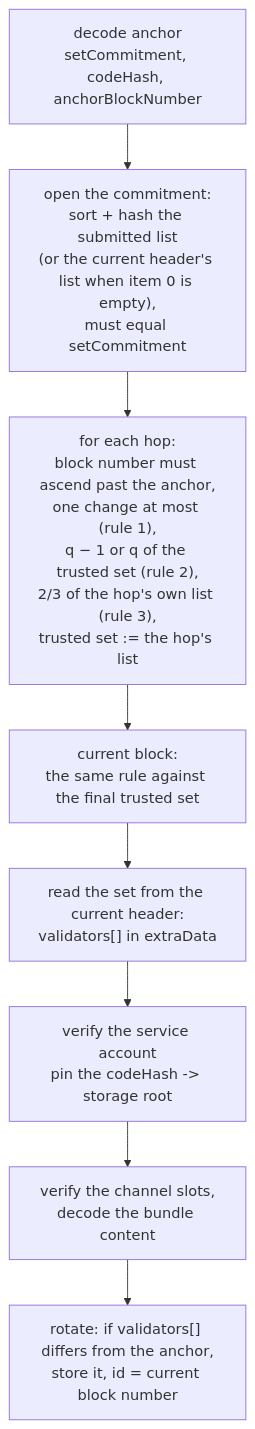
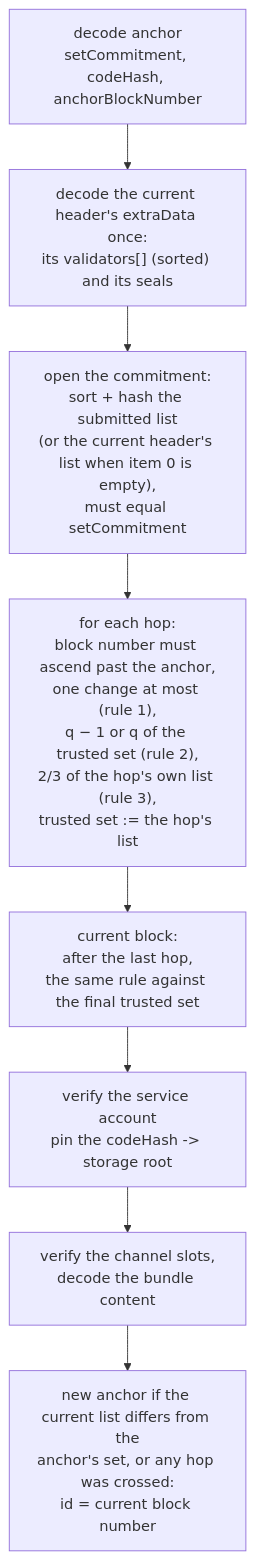
Diagram 12 of 12 in src/verifiers/evm/qbft/qbft-header-mode.md (LFDT-CLPR/clpr-smart-contracts), drawn with Mermaid before and after one commit. The commit also changed other lines of this file and 17 other files, not shown here.

````diff
--- a/src/verifiers/evm/qbft/qbft-header-mode.md
+++ b/src/verifiers/evm/qbft/qbft-header-mode.md
@@ -392,10 +416,10 @@
 ```mermaid
 flowchart TB
-  A["decode anchor<br/>setCommitment, codeHash, anchorBlockNumber"] --> A2["open the commitment:<br/>sort + hash the submitted list<br/>(or the current header's list when item 0 is empty),<br/>must equal setCommitment"]
+  A["decode anchor<br/>setCommitment, codeHash, anchorBlockNumber"] --> A1["decode the current header's extraData once:<br/>its validators[] (sorted) and its seals"]
+  A1 --> A2["open the commitment:<br/>sort + hash the submitted list<br/>(or the current header's list when item 0 is empty),<br/>must equal setCommitment"]
   A2 --> B["for each hop:<br/>block number must ascend past the anchor,<br/>one change at most (rule 1),<br/>q − 1 or q of the trusted set (rule 2),<br/>2/3 of the hop's own list (rule 3),<br/>trusted set := the hop's list"]
-  B --> C["current block:<br/>the same rule against the final trusted set"]
-  C --> D["read the set from the current header:<br/>validators[] in extraData"]
-  D --> E["verify the service account<br/>pin the codeHash -> storage root"]
+  B --> C["current block:<br/>after the last hop,<br/>the same rule against the final trusted set"]
+  C --> E["verify the service account<br/>pin the codeHash -> storage root"]
   E --> F["verify the channel slots,<br/>decode the bundle content"]
-  F --> G["rotate: if validators[] differs from the anchor,<br/>store it, id = current block number"]
+  F --> G["new anchor if the current list differs from the<br/>anchor's set, or any hop was crossed:<br/>id = current block number"]
 ```
````
